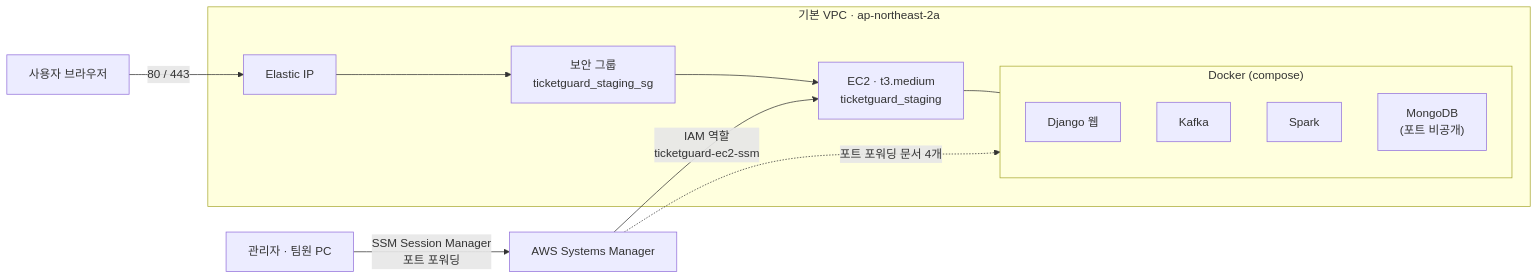
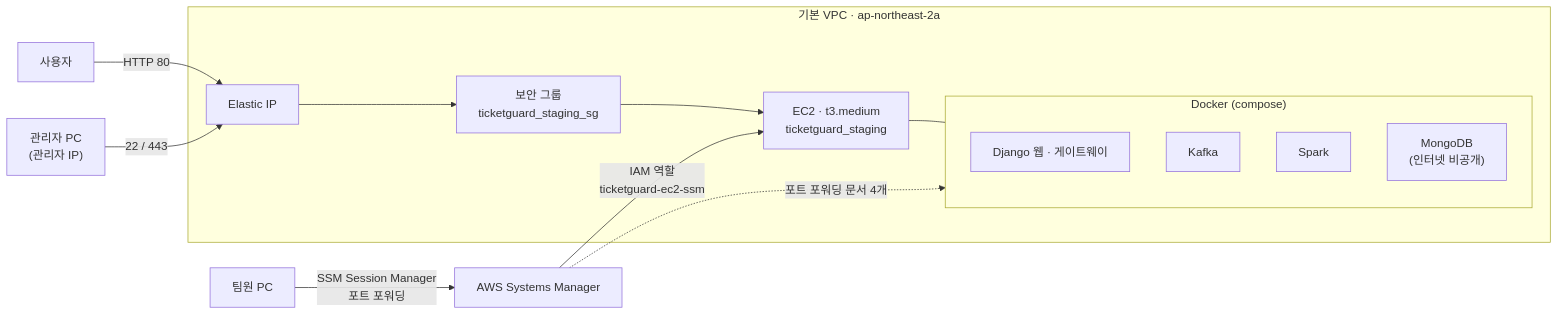
Before and after one commit to encore-ai-campus/mlo-02-p3-team3: the diagram in infra/terraform/README.md, drawn with Mermaid. The commit also changed other lines of this file and 4 other files, not shown here.

````diff
--- a/infra/terraform/README.md
+++ b/infra/terraform/README.md
@@ -11,21 +11,22 @@
 ```mermaid
 flowchart LR
-    user["사용자 브라우저"] -->|"80 / 443"| eip["Elastic IP"]
-    admin["관리자 · 팀원 PC"] -->|"SSM Session Manager<br/>포트 포워딩"| ssm["AWS Systems Manager"]
+    user["사용자"] -->|"HTTP 80"| eip["Elastic IP"]
+    admin["관리자 PC<br/>(관리자 IP)"] -->|"22 / 443"| eip
+    team["팀원 PC"] -->|"SSM Session Manager<br/>포트 포워딩"| ssm["AWS Systems Manager"]
 
     subgraph vpc["기본 VPC · ap-northeast-2a"]
         eip --> sg["보안 그룹<br/>ticketguard_staging_sg"]
         sg --> ec2["EC2 · t3.medium<br/>ticketguard_staging"]
         subgraph docker["Docker (compose)"]
             direction TB
-            web["Django 웹"]
+            web["Django 웹 · 게이트웨이"]
             kafka["Kafka"]
             spark["Spark"]
-            mongo["MongoDB<br/>(포트 비공개)"]
+            mongo["MongoDB<br/>(인터넷 비공개)"]
         end
         ec2 --- docker
     end
 
     ssm -->|"IAM 역할<br/>ticketguard-ec2-ssm"| ec2
     ssm -.->|"포트 포워딩 문서 4개"| mongo
 ```
````
